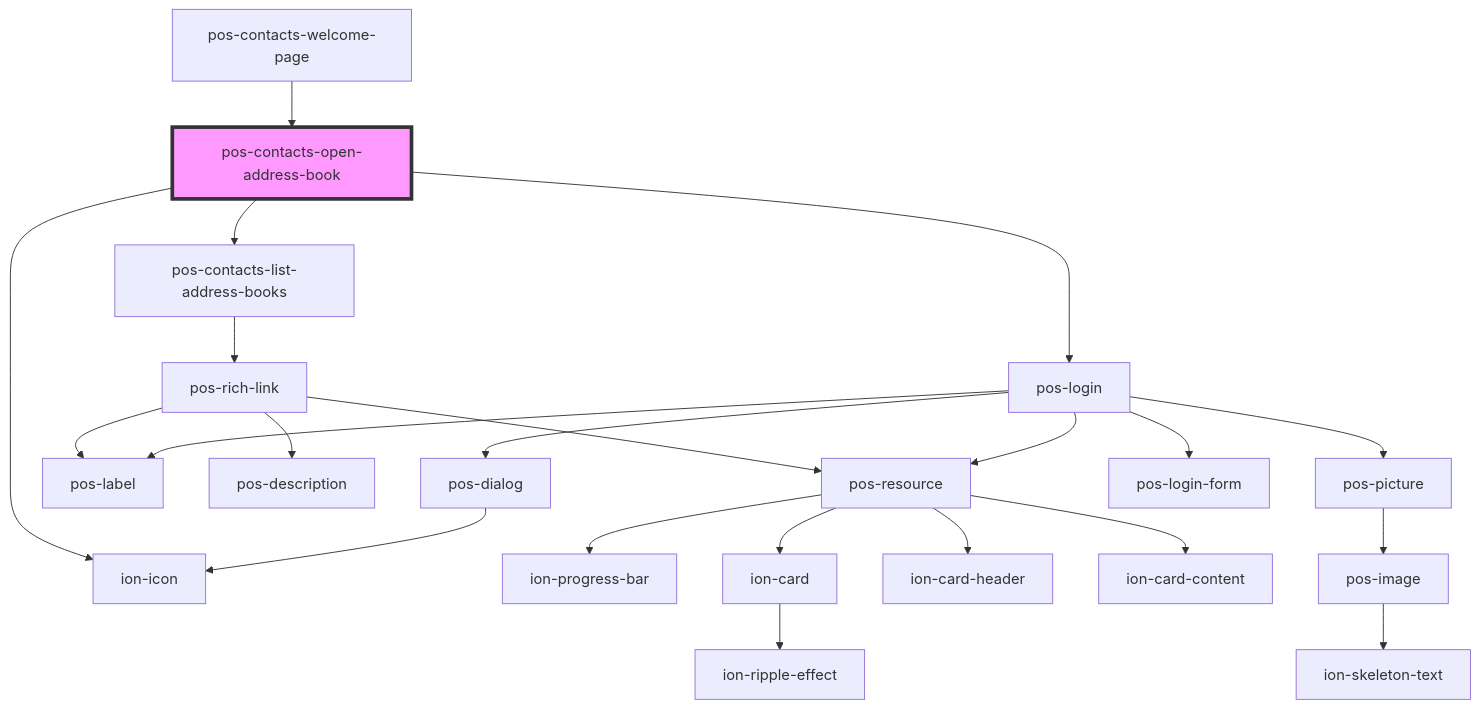
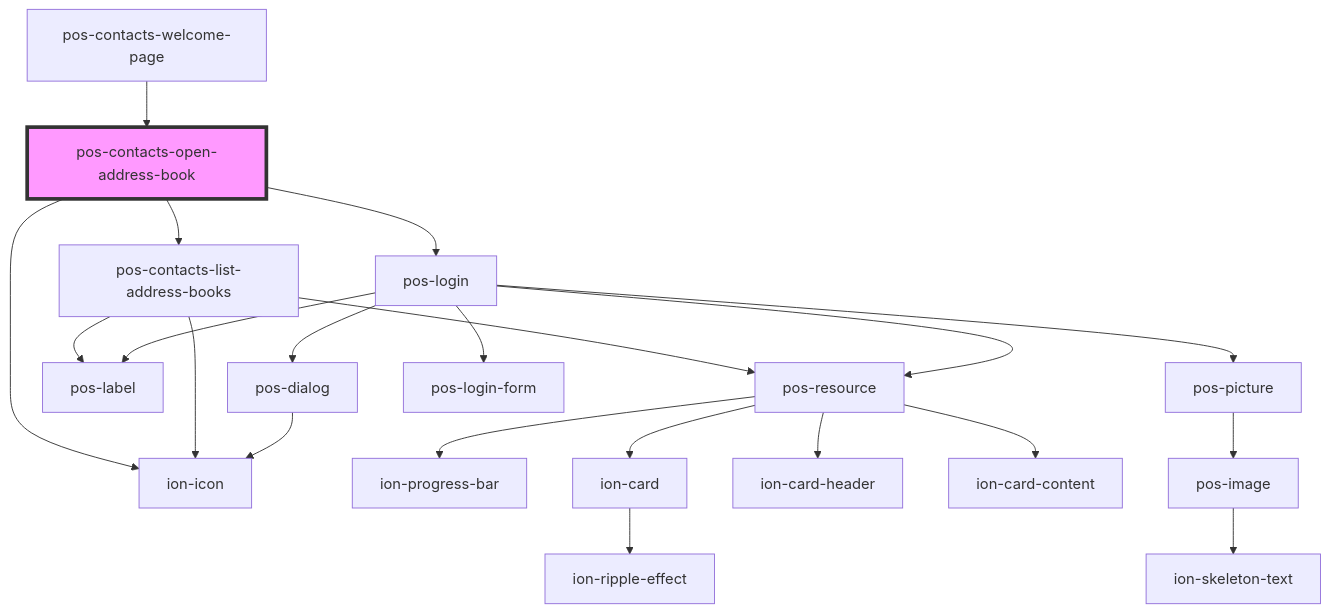
The diagram in contacts/src/components/open-address-book/readme.md (pod-os/PodOS), drawn with Mermaid before and after one commit. The commit also changed 4 other files, not shown here.

````diff
--- a/contacts/src/components/open-address-book/readme.md
+++ b/contacts/src/components/open-address-book/readme.md
@@ -28,25 +28,24 @@
 ```mermaid
 graph TD;
   pos-contacts-open-address-book --> pos-contacts-list-address-books
   pos-contacts-open-address-book --> pos-login
   pos-contacts-open-address-book --> ion-icon
-  pos-contacts-list-address-books --> pos-rich-link
-  pos-rich-link --> pos-resource
-  pos-rich-link --> pos-label
-  pos-rich-link --> pos-description
+  pos-contacts-list-address-books --> pos-resource
+  pos-contacts-list-address-books --> ion-icon
+  pos-contacts-list-address-books --> pos-label
   pos-resource --> ion-progress-bar
   pos-resource --> ion-card
   pos-resource --> ion-card-header
   pos-resource --> ion-card-content
   ion-card --> ion-ripple-effect
   pos-login --> pos-resource
   pos-login --> pos-picture
   pos-login --> pos-label
   pos-login --> pos-dialog
   pos-login --> pos-login-form
   pos-picture --> pos-image
   pos-image --> ion-skeleton-text
   pos-dialog --> ion-icon
   pos-contacts-welcome-page --> pos-contacts-open-address-book
   style pos-contacts-open-address-book fill:#f9f,stroke:#333,stroke-width:4px
 ```
````
